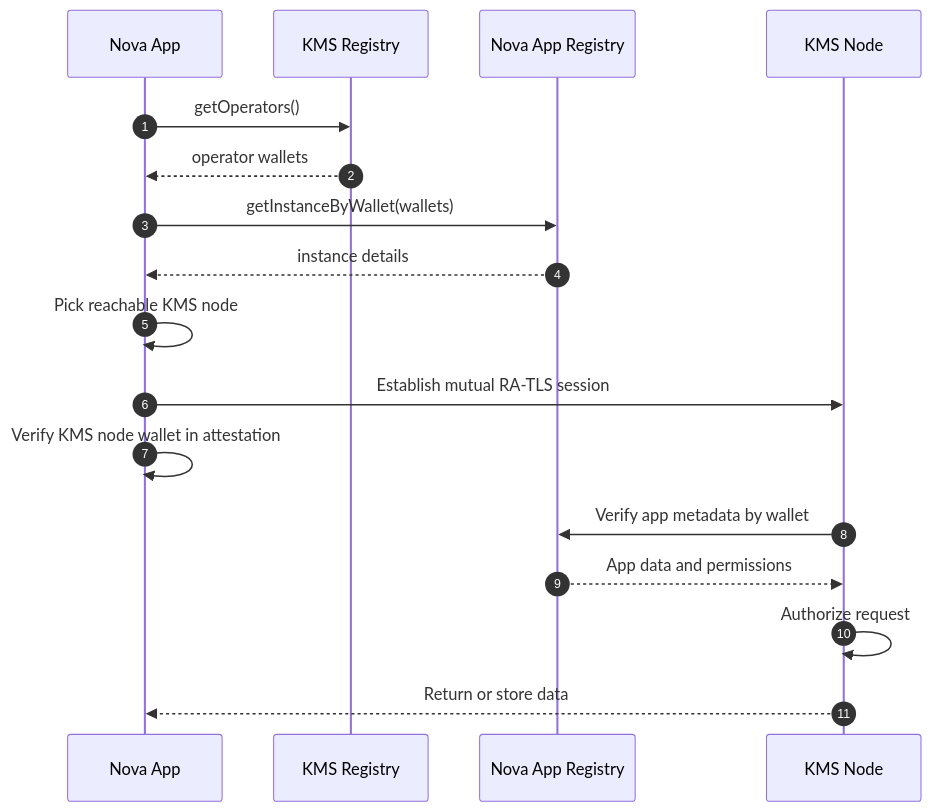
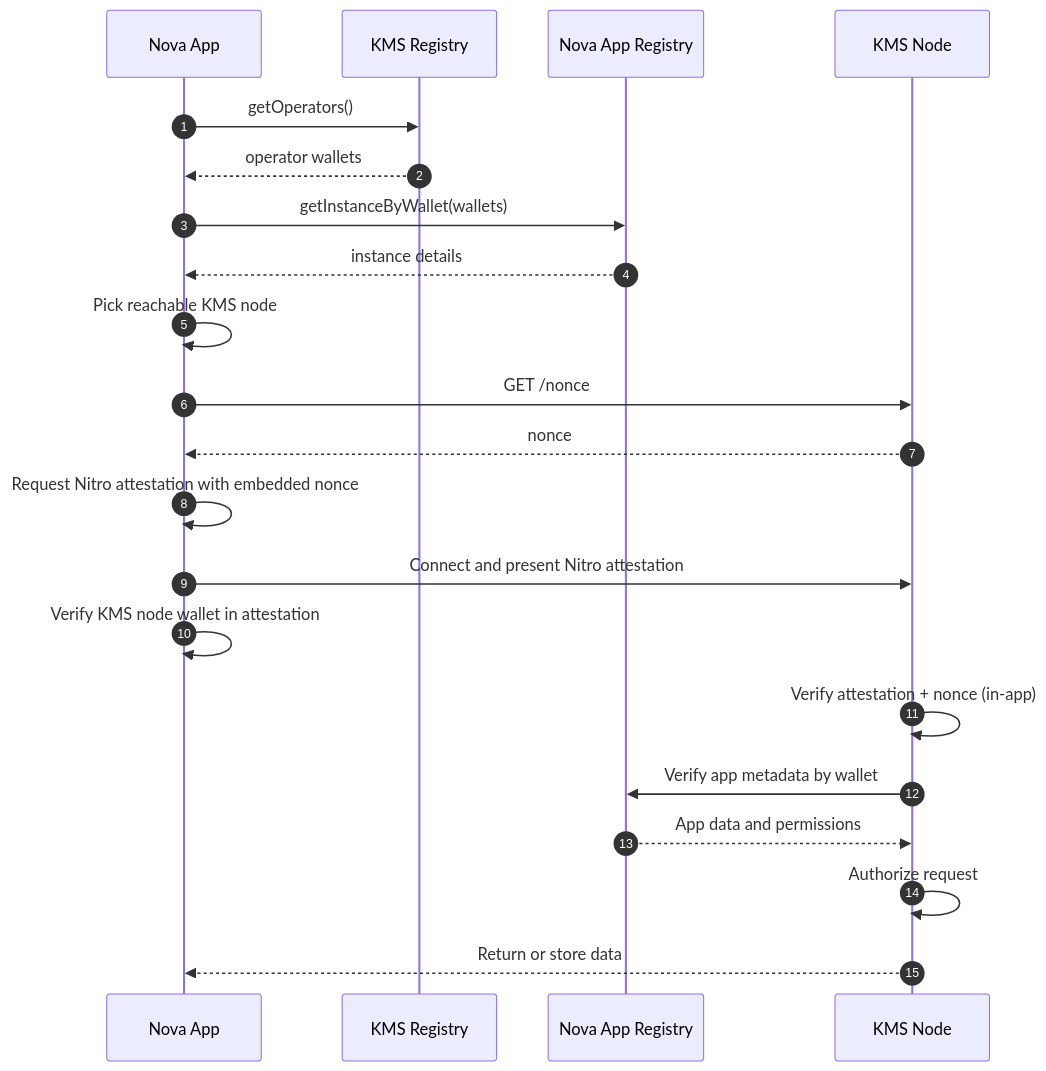
The fourth of 4 diagrams in docs/kms-core-workflows.md (sparsity-xyz/nova-kms), drawn with Mermaid before and after one commit. The commit also changed other lines of this file and 13 other files, not shown here.

````diff
--- a/docs/kms-core-workflows.md
+++ b/docs/kms-core-workflows.md
@@ -146,20 +148,24 @@
 ```mermaid
 sequenceDiagram
     autonumber
     participant NovaApp as Nova App
     participant KMSRegistry as KMS Registry
     participant NovaRegistry as Nova App Registry
     participant KMSNode as KMS Node
 
     NovaApp->>KMSRegistry: getOperators()
     KMSRegistry-->>NovaApp: operator wallets
     NovaApp->>NovaRegistry: getInstanceByWallet(wallets)
     NovaRegistry-->>NovaApp: instance details
     NovaApp->>NovaApp: Pick reachable KMS node
-    NovaApp->>KMSNode: Establish mutual RA-TLS session
+    NovaApp->>KMSNode: GET /nonce
+    KMSNode-->>NovaApp: nonce
+    NovaApp->>NovaApp: Request Nitro attestation with embedded nonce
+    NovaApp->>KMSNode: Connect and present Nitro attestation
     NovaApp->>NovaApp: Verify KMS node wallet in attestation
+    KMSNode->>KMSNode: Verify attestation + nonce (in-app)
     KMSNode->>NovaRegistry: Verify app metadata by wallet
     NovaRegistry-->>KMSNode: App data and permissions
     KMSNode->>KMSNode: Authorize request
     KMSNode-->>NovaApp: Return or store data
 ```
````
